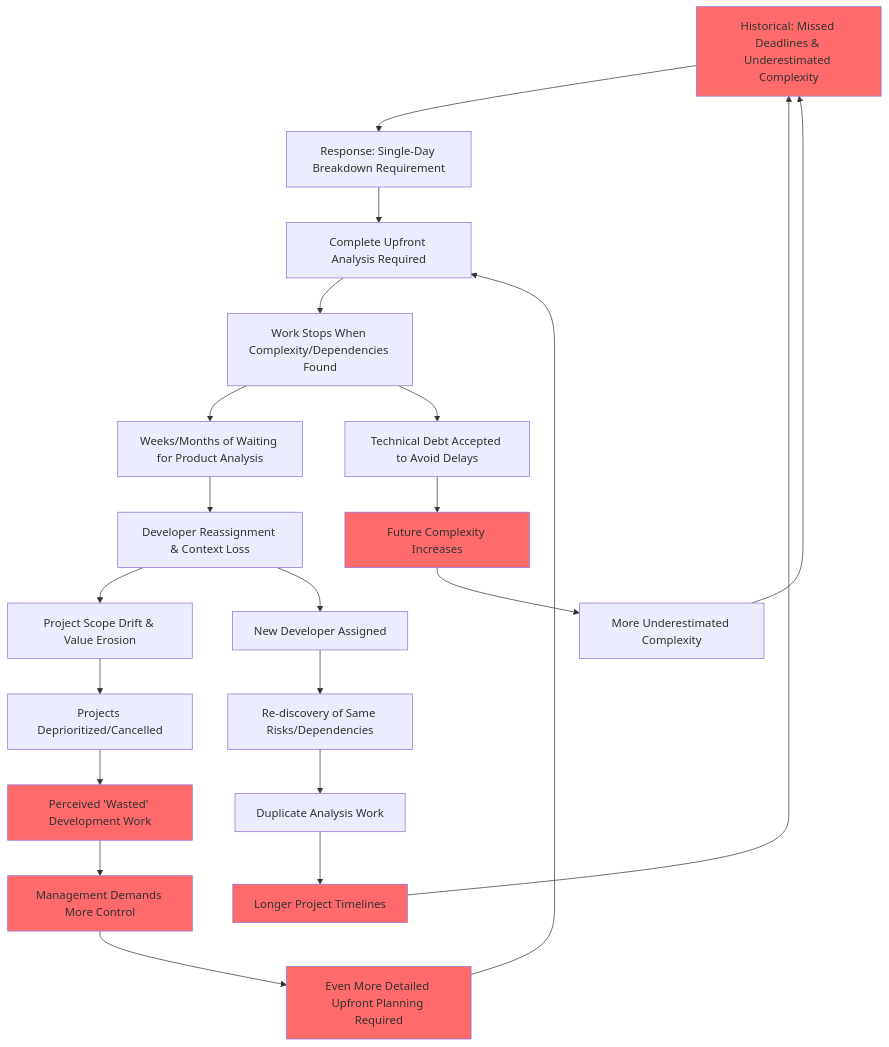
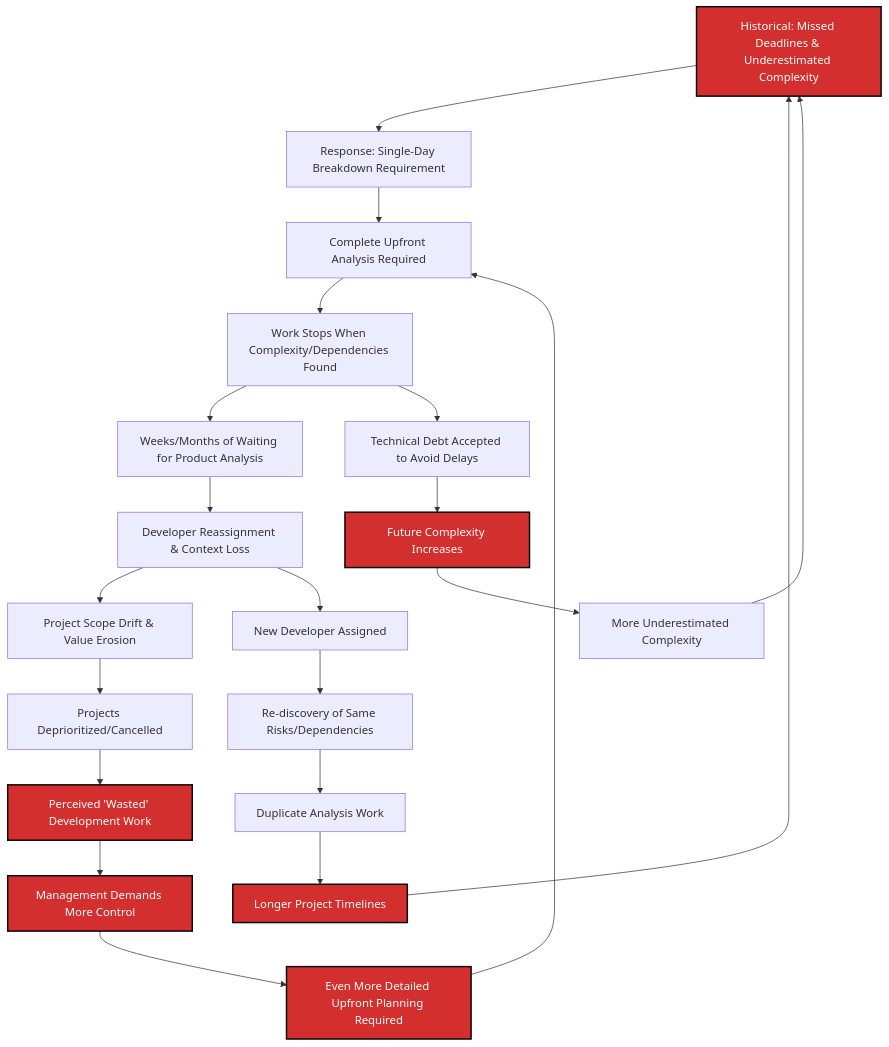
One commit to benjgrad/EM changed the first of 8 diagrams in README.md. Above: the diagram before and after it, drawn with Mermaid. The commit also changed other lines of this file, not shown here.

````diff
--- a/README.md
+++ b/README.md
@@ -28,34 +21,34 @@
 ```mermaid
 graph TD
     A[Historical: Missed Deadlines & Underestimated Complexity] --> B[Response: Single-Day Breakdown Requirement]
     B --> C[Complete Upfront Analysis Required]
     C --> D[Work Stops When Complexity/Dependencies Found]
     
     D --> E[Weeks/Months of Waiting for Product Analysis]
     E --> F[Developer Reassignment & Context Loss]
     F --> G[Project Scope Drift & Value Erosion]
     G --> H[Projects Deprioritized/Cancelled]
     
     H --> I[Perceived 'Wasted' Development Work]
     I --> J[Management Demands More Control]
     J --> K[Even More Detailed Upfront Planning Required]
     K --> C
     
     D --> L[Technical Debt Accepted to Avoid Delays]
     L --> M[Future Complexity Increases]
     M --> N[More Underestimated Complexity]
     N --> A
     
     F --> O[New Developer Assigned]
     O --> P[Re-discovery of Same Risks/Dependencies]
     P --> Q[Duplicate Analysis Work]
     Q --> R[Longer Project Timelines]
     R --> A
     
-    style A fill:#ff6b6b
-    style I fill:#ff6b6b
-    style J fill:#ff6b6b
-    style K fill:#ff6b6b
-    style M fill:#ff6b6b
-    style R fill:#ff6b6b
+    style A fill:#d32f2f,stroke:#000,stroke-width:2px,color:#fff
+    style I fill:#d32f2f,stroke:#000,stroke-width:2px,color:#fff
+    style J fill:#d32f2f,stroke:#000,stroke-width:2px,color:#fff
+    style K fill:#d32f2f,stroke:#000,stroke-width:2px,color:#fff
+    style M fill:#d32f2f,stroke:#000,stroke-width:2px,color:#fff
+    style R fill:#d32f2f,stroke:#000,stroke-width:2px,color:#fff
 ```
````
